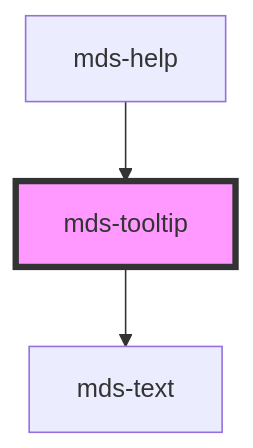
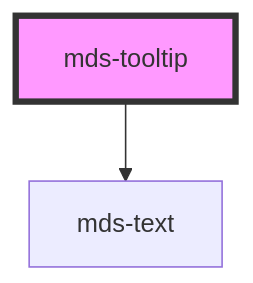
The diagram in projects/stencil/src/components/mds-tooltip/readme.md (magma-design-system/magma), drawn with Mermaid before and after one commit. The commit also changed other lines of this file and 7 other files, not shown here.

````diff
--- a/projects/stencil/src/components/mds-tooltip/readme.md
+++ b/projects/stencil/src/components/mds-tooltip/readme.md
@@ -58,6 +54,5 @@
 ```mermaid
 graph TD;
   mds-tooltip --> mds-text
-  mds-help --> mds-tooltip
   style mds-tooltip fill:#f9f,stroke:#333,stroke-width:4px
 ```
````
